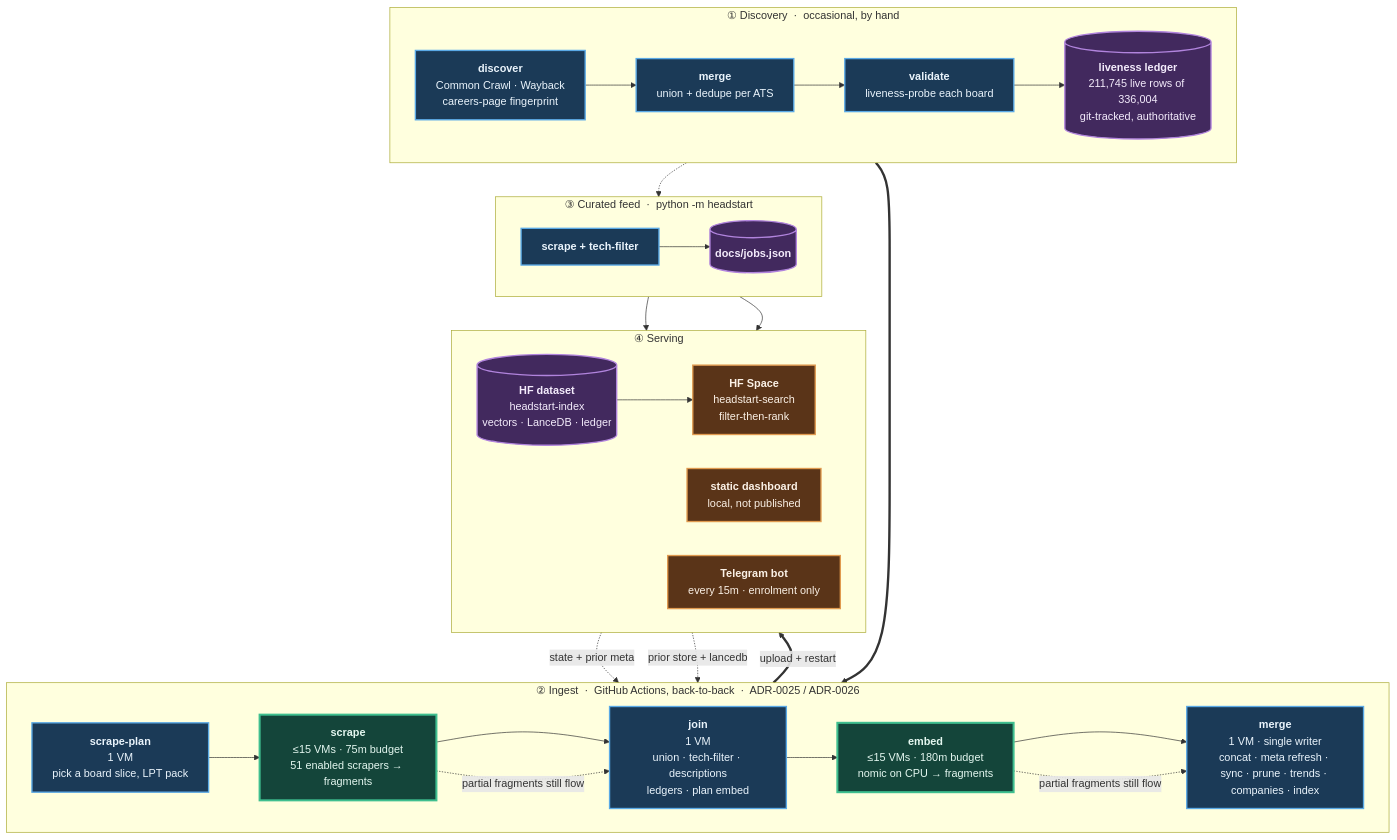
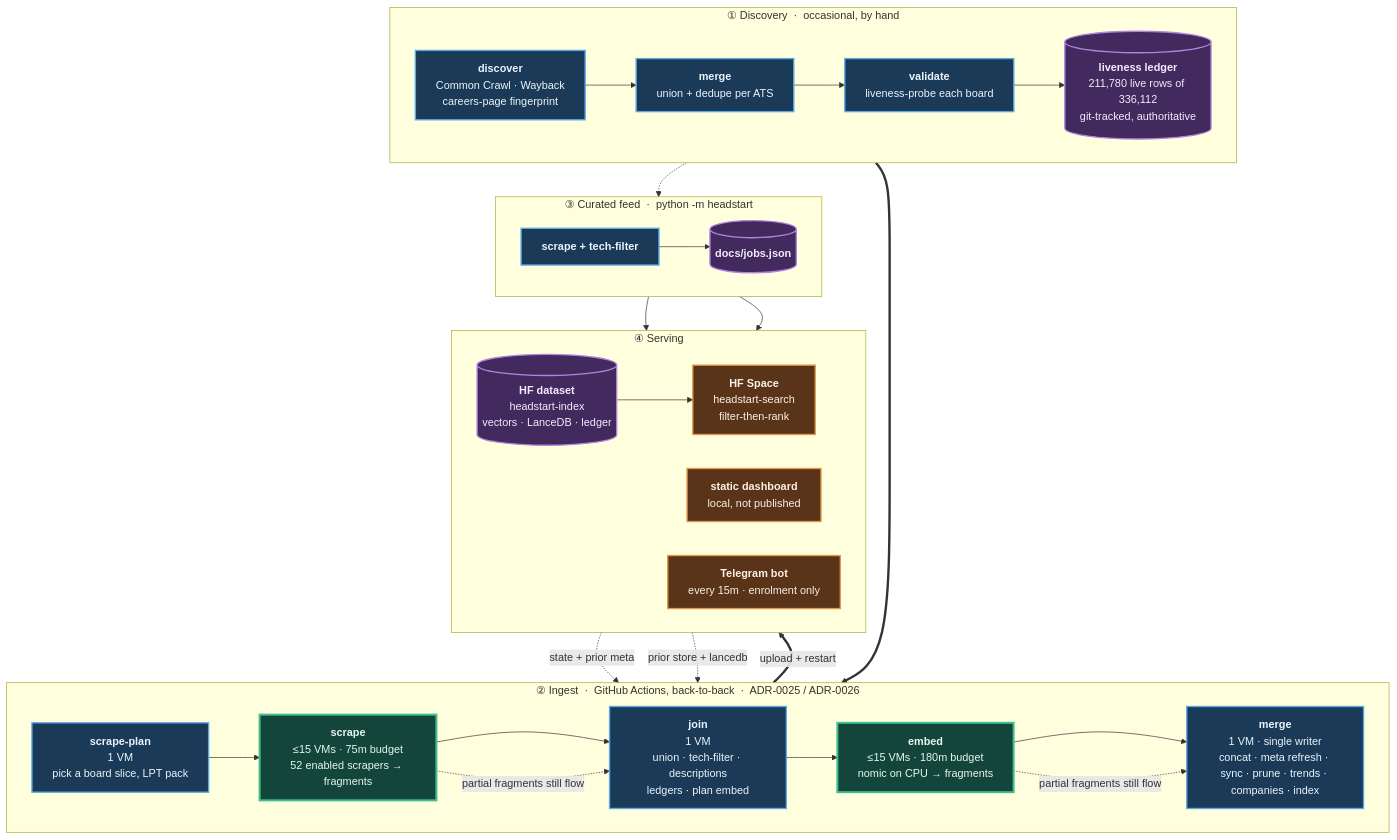
The diagram in README.md (sarthakjain004/headstart), drawn with Mermaid before and after one commit. The commit also changed other lines of this file and 25 other files, not shown here.

````diff
--- a/README.md
+++ b/README.md
@@ -185,56 +185,56 @@
 ```mermaid
 flowchart TB
     subgraph D["① Discovery &nbsp;·&nbsp; occasional, by hand"]
         direction LR
         D1["<b>discover</b><br/>Common Crawl · Wayback<br/>careers-page fingerprint"]
         D2["<b>merge</b><br/>union + dedupe per ATS"]
         D3["<b>validate</b><br/>liveness-probe each board"]
-        D4[("<b>liveness ledger</b><br/>211,745 live rows of 336,004<br/>git-tracked, authoritative")]
+        D4[("<b>liveness ledger</b><br/>211,780 live rows of 336,112<br/>git-tracked, authoritative")]
         D1 --> D2 --> D3 --> D4
     end
 
     subgraph P["② Ingest &nbsp;·&nbsp; GitHub Actions, back-to-back &nbsp;·&nbsp; ADR-0025 / ADR-0026"]
         direction LR
         P1["<b>scrape-plan</b><br/>1 VM<br/>pick a board slice, LPT pack"]
-        P2["<b>scrape</b><br/>≤15 VMs · 75m budget<br/>51 enabled scrapers → fragments"]
+        P2["<b>scrape</b><br/>≤15 VMs · 75m budget<br/>52 enabled scrapers → fragments"]
         P3["<b>join</b><br/>1 VM<br/>union · tech-filter · descriptions<br/>ledgers · plan embed"]
         P4["<b>embed</b><br/>≤15 VMs · 180m budget<br/>nomic on CPU → fragments"]
         P5["<b>merge</b><br/>1 VM · single writer<br/>concat · meta refresh · sync · prune · trends · companies · index"]
         P1 --> P2 --> P3 --> P4 --> P5
     end
 
     subgraph F["③ Curated feed &nbsp;·&nbsp; python -m headstart"]
         direction LR
         F1["<b>scrape + tech-filter</b>"]
         F2[("<b>docs/jobs.json</b>")]
         F1 --> F2
     end
 
     subgraph S["④ Serving"]
         direction LR
         S1[("<b>HF dataset</b><br/>headstart-index<br/>vectors · LanceDB · ledger")]
         S2["<b>HF Space</b><br/>headstart-search<br/>filter-then-rank"]
         S3["<b>static dashboard</b><br/>local, not published"]
         S4["<b>Telegram bot</b><br/>every 15m · enrolment only"]
         S1 --> S2
     end
 
     D4 ==> P1
     S1 -. "state + prior meta" .-> P1
     S1 -. "prior store + lancedb" .-> P5
     D4 -.-> F1
     P5 ==>|"upload + restart"| S1
     F2 --> S3
     F2 --> S4
     P2 -. "partial fragments still flow" .-> P3
     P4 -. "partial fragments still flow" .-> P5
 
     classDef serial fill:#1b3a57,stroke:#5aa9e6,stroke-width:2px,color:#eaf4fc
     classDef fan fill:#14453a,stroke:#3fbf8f,stroke-width:3px,color:#e4f7f0
     classDef store fill:#42295e,stroke:#b184dd,stroke-width:2px,color:#f4ecfc
     classDef serve fill:#5a3418,stroke:#e09a4f,stroke-width:2px,color:#fbf1e6
     class D1,D2,D3,P1,P3,P5,F1 serial
     class P2,P4 fan
     class D4,F2,S1 store
     class S2,S3,S4 serve
 ```
````
